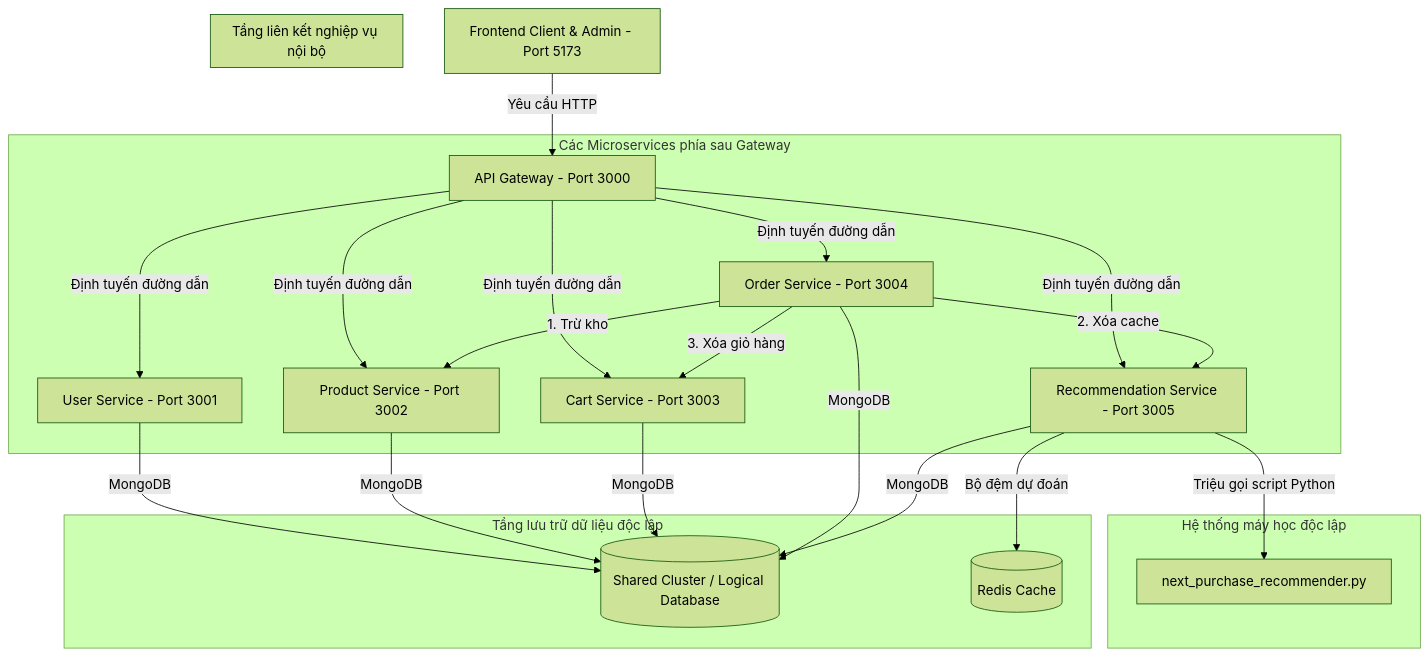
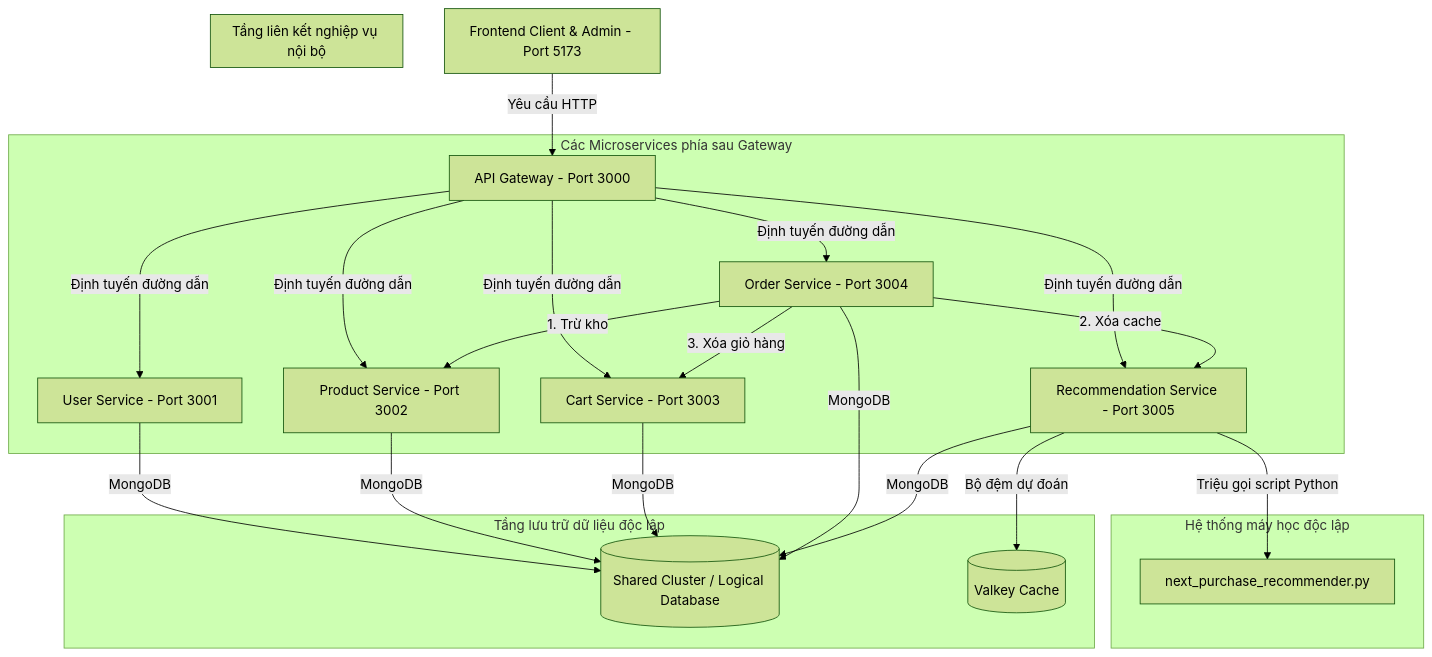
One commit to TrDieux18/eCommerce-react_dark changed the eighth of 8 diagrams in BaoCaoNhom_PTTKHT.md. Above: the diagram before and after it, drawn with Mermaid (forest theme). The commit also changed other lines of this file and 5 other files, not shown here.

````diff
--- a/BaoCaoNhom_PTTKHT.md
+++ b/BaoCaoNhom_PTTKHT.md
@@ -382,31 +382,31 @@
 ```mermaid
 graph TD
   FE[Frontend Client & Admin - Port 5173] -->|Yêu cầu HTTP| GW[API Gateway - Port 3000]
   
   subgraph Các Microservices phía sau Gateway
     GW -->|Định tuyến đường dẫn| UserSvc[User Service - Port 3001]
     GW -->|Định tuyến đường dẫn| ProdSvc[Product Service - Port 3002]
     GW -->|Định tuyến đường dẫn| CartSvc[Cart Service - Port 3003]
     GW -->|Định tuyến đường dẫn| OrderSvc[Order Service - Port 3004]
     GW -->|Định tuyến đường dẫn| RecSvc[Recommendation Service - Port 3005]
   end
 
   subgraph Tầng liên kết nghiệp vụ nội bộ
     OrderSvc -->|1. Trừ kho| ProdSvc
     OrderSvc -->|2. Xóa cache| RecSvc
     OrderSvc -->|3. Xóa giỏ hàng| CartSvc
   end
 
   subgraph Hệ thống máy học độc lập
     RecSvc -->|Triệu gọi script Python| PyML[next_purchase_recommender.py]
   end
 
   subgraph Tầng lưu trữ dữ liệu độc lập
     UserSvc -->|MongoDB| DB[(Shared Cluster / Logical Database)]
     ProdSvc -->|MongoDB| DB
     CartSvc -->|MongoDB| DB
     OrderSvc -->|MongoDB| DB
     RecSvc -->|MongoDB| DB
-    RecSvc -->|Bộ đệm dự đoán| RedisCache[(Redis Cache)]
+    RecSvc -->|Bộ đệm dự đoán| ValkeyCache[(Valkey Cache)]
   end
 ```
````
